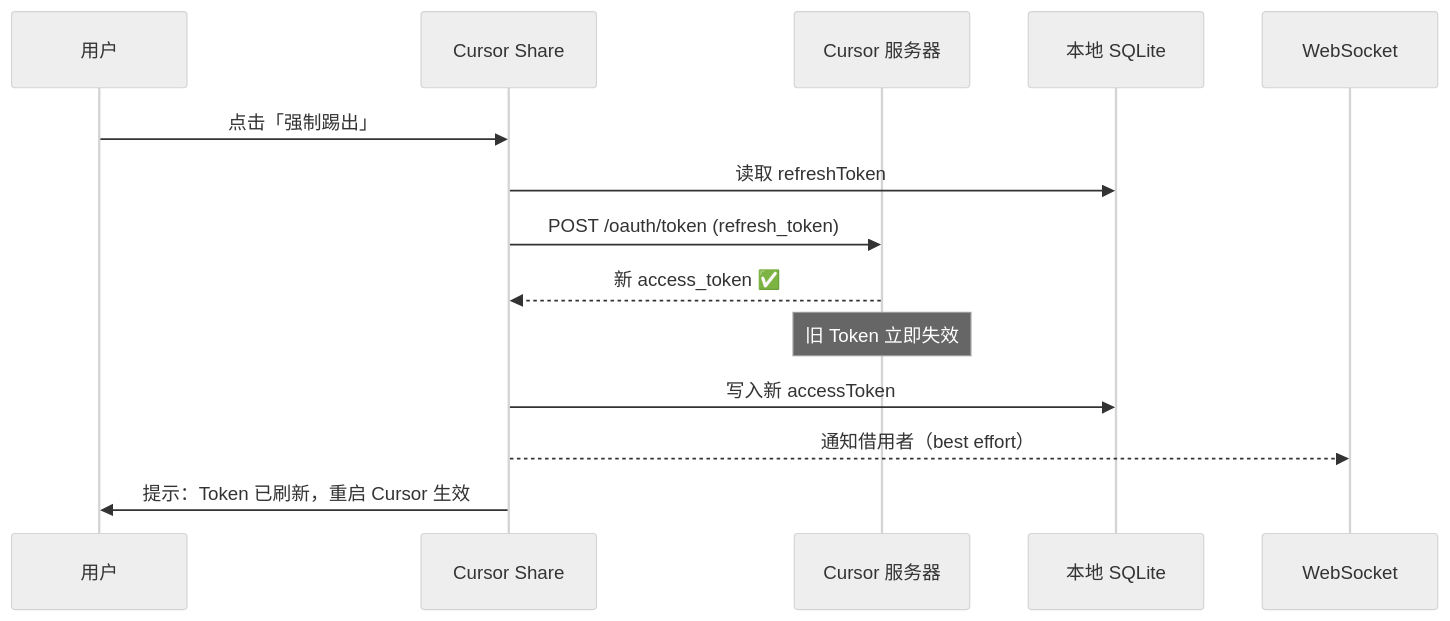
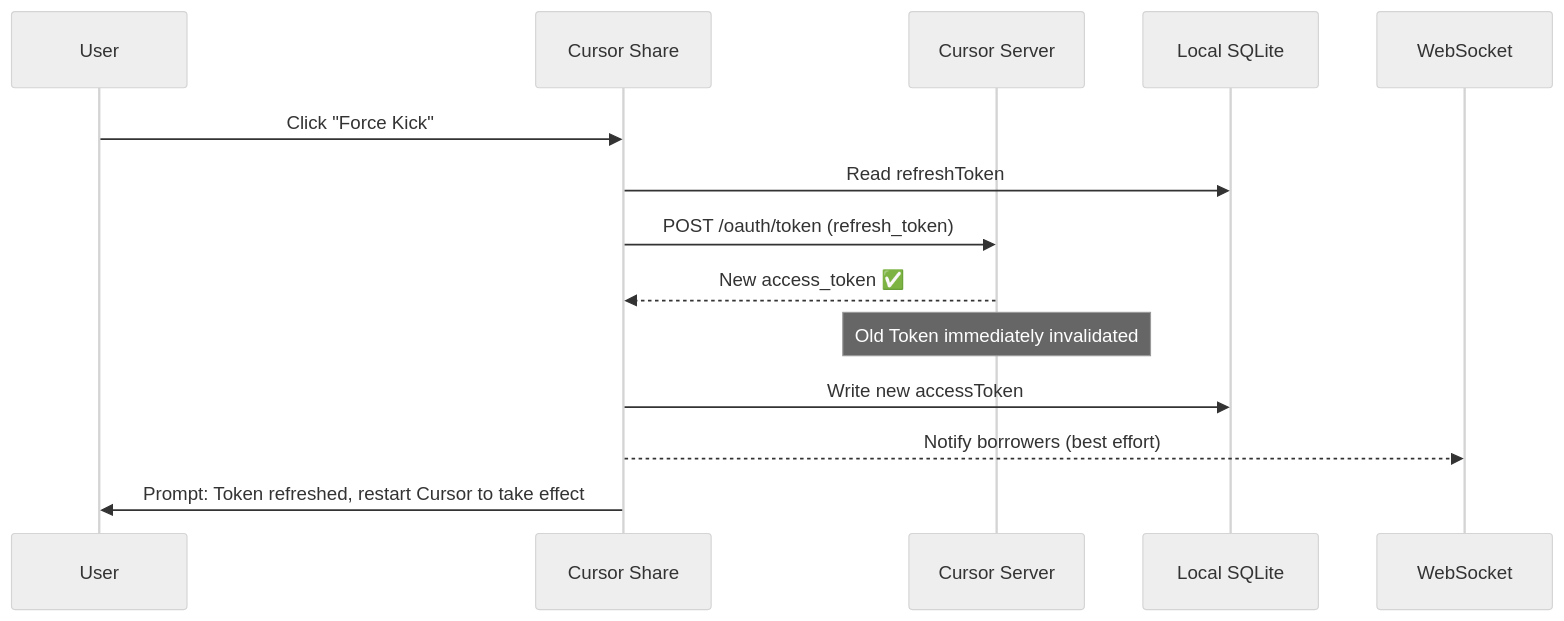
The second of 2 diagrams in README.md (zhanggenlove/cursor-share), drawn with Mermaid (neutral theme) before and after one commit. The commit also changed other lines of this file and 9 other files, not shown here.

````diff
--- a/README.md
+++ b/README.md
@@ -118,17 +122,17 @@
 ```mermaid
 sequenceDiagram
-    participant U as 用户
+    participant U as User
     participant App as Cursor Share
-    participant API as Cursor 服务器
-    participant DB as 本地 SQLite
+    participant API as Cursor Server
+    participant DB as Local SQLite
     participant WS as WebSocket
 
-    U->>App: 点击「强制踢出」
-    App->>DB: 读取 refreshToken
+    U->>App: Click "Force Kick"
+    App->>DB: Read refreshToken
     App->>API: POST /oauth/token (refresh_token)
-    API-->>App: 新 access_token ✅
-    Note over API: 旧 Token 立即失效
-    App->>DB: 写入新 accessToken
-    App-->>WS: 通知借用者（best effort）
-    App->>U: 提示：Token 已刷新，重启 Cursor 生效
+    API-->>App: New access_token ✅
+    Note over API: Old Token immediately invalidated
+    App->>DB: Write new accessToken
+    App-->>WS: Notify borrowers (best effort)
+    App->>U: Prompt: Token refreshed, restart Cursor to take effect
 ```
````
